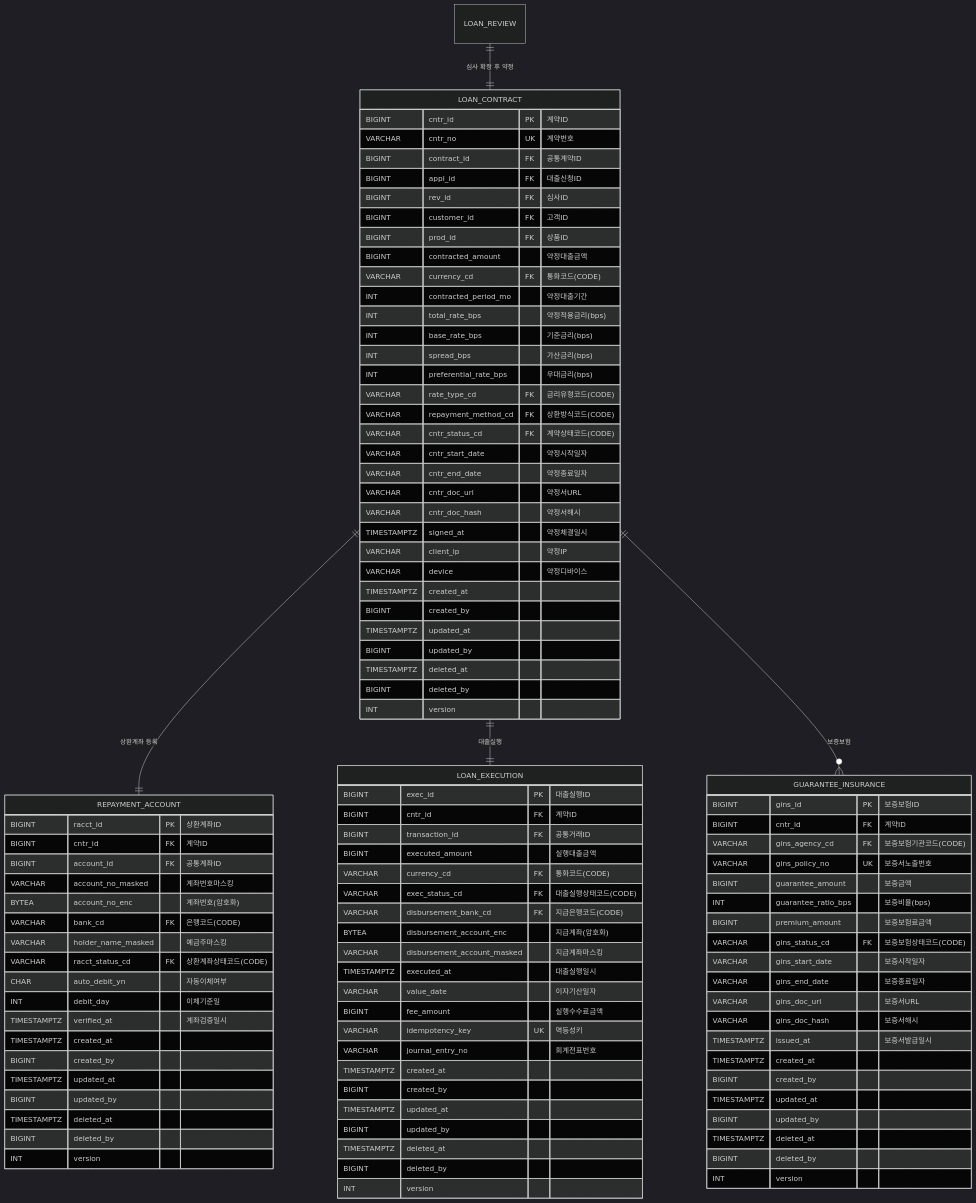
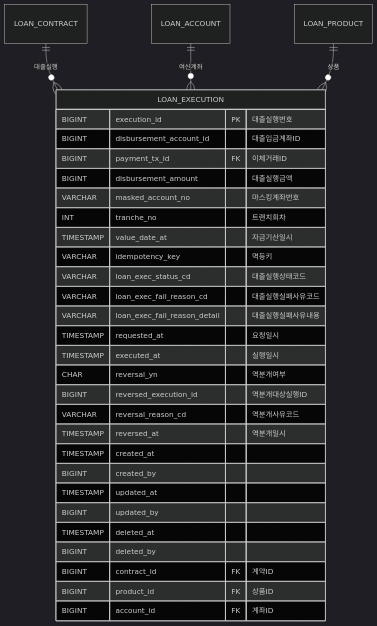
One commit to asitwas729/internet_banking changed the fifth of 8 diagrams in docs/loan_erd.md. Above: the diagram before and after it, drawn with Mermaid (dark theme). The commit also changed other lines of this file and 106 other files, not shown here.

````diff
--- a/docs/loan_erd.md
+++ b/docs/loan_erd.md
@@ -534,109 +214,35 @@
 ```mermaid
 erDiagram
-    LOAN_CONTRACT {
-        BIGINT cntr_id PK "계약ID"
-        VARCHAR cntr_no UK "계약번호"
-        BIGINT contract_id FK "공통계약ID"
-        BIGINT appl_id FK "대출신청ID"
-        BIGINT rev_id FK "심사ID"
-        BIGINT customer_id FK "고객ID"
-        BIGINT prod_id FK "상품ID"
-        BIGINT contracted_amount "약정대출금액"
-        VARCHAR currency_cd FK "통화코드(CODE)"
-        INT contracted_period_mo "약정대출기간"
-        INT total_rate_bps "약정적용금리(bps)"
-        INT base_rate_bps "기준금리(bps)"
-        INT spread_bps "가산금리(bps)"
-        INT preferential_rate_bps "우대금리(bps)"
-        VARCHAR rate_type_cd FK "금리유형코드(CODE)"
-        VARCHAR repayment_method_cd FK "상환방식코드(CODE)"
-        VARCHAR cntr_status_cd FK "계약상태코드(CODE)"
-        VARCHAR cntr_start_date "약정시작일자"
-        VARCHAR cntr_end_date "약정종료일자"
-        VARCHAR cntr_doc_url "약정서URL"
-        VARCHAR cntr_doc_hash "약정서해시"
-        TIMESTAMPTZ signed_at "약정체결일시"
-        VARCHAR client_ip "약정IP"
-        VARCHAR device "약정디바이스"
-        TIMESTAMPTZ created_at
+    LOAN_EXECUTION {
+        BIGINT execution_id PK "대출실행번호"
+        BIGINT disbursement_account_id "대출입금계좌ID"
+        BIGINT payment_tx_id FK "이체거래ID"
+        BIGINT disbursement_amount "대출실행금액"
+        VARCHAR masked_account_no "마스킹계좌번호"
+        INT tranche_no "트랜치회차"
+        TIMESTAMP value_date_at "자금기산일시"
+        VARCHAR idempotency_key "멱등키"
+        VARCHAR loan_exec_status_cd "대출실행상태코드"
+        VARCHAR loan_exec_fail_reason_cd "대출실행실패사유코드"
+        VARCHAR loan_exec_fail_reason_detail "대출실행실패사유내용"
+        TIMESTAMP requested_at "요청일시"
+        TIMESTAMP executed_at "실행일시"
+        CHAR reversal_yn "역분개여부"
+        BIGINT reversed_execution_id "역분개대상실행ID"
+        VARCHAR reversal_reason_cd "역분개사유코드"
+        TIMESTAMP reversed_at "역분개일시"
+        TIMESTAMP created_at
         BIGINT created_by
-        TIMESTAMPTZ updated_at
+        TIMESTAMP updated_at
         BIGINT updated_by
-        TIMESTAMPTZ deleted_at
+        TIMESTAMP deleted_at
         BIGINT deleted_by
-        INT version
+        BIGINT contract_id FK "계약ID"
+        BIGINT product_id FK "상품ID"
+        BIGINT account_id FK "계좌ID"
     }
 
-    REPAYMENT_ACCOUNT {
-        BIGINT racct_id PK "상환계좌ID"
-        BIGINT cntr_id FK "계약ID"
-        BIGINT account_id FK "공통계좌ID"
-        VARCHAR account_no_masked "계좌번호마스킹"
-        BYTEA account_no_enc "계좌번호(암호화)"
-        VARCHAR bank_cd FK "은행코드(CODE)"
-        VARCHAR holder_name_masked "예금주마스킹"
-        VARCHAR racct_status_cd FK "상환계좌상태코드(CODE)"
-        CHAR auto_debit_yn "자동이체여부"
-        INT debit_day "이체기준일"
-        TIMESTAMPTZ verified_at "계좌검증일시"
-        TIMESTAMPTZ created_at
-        BIGINT created_by
-        TIMESTAMPTZ updated_at
-        BIGINT updated_by
-        TIMESTAMPTZ deleted_at
-        BIGINT deleted_by
-        INT version
-    }
-
-    LOAN_EXECUTION {
-        BIGINT exec_id PK "대출실행ID"
-        BIGINT cntr_id FK "계약ID"
-        BIGINT transaction_id FK "공통거래ID"
-        BIGINT executed_amount "실행대출금액"
-        VARCHAR currency_cd FK "통화코드(CODE)"
-        VARCHAR exec_status_cd FK "대출실행상태코드(CODE)"
-        VARCHAR disbursement_bank_cd FK "지급은행코드(CODE)"
-        BYTEA disbursement_account_enc "지급계좌(암호화)"
-        VARCHAR disbursement_account_masked "지급계좌마스킹"
-        TIMESTAMPTZ executed_at "대출실행일시"
-        VARCHAR value_date "이자기산일자"
-        BIGINT fee_amount "실행수수료금액"
-        VARCHAR idempotency_key UK "멱등성키"
-        VARCHAR journal_entry_no "회계전표번호"
-        TIMESTAMPTZ created_at
-        BIGINT created_by
-        TIMESTAMPTZ updated_at
-        BIGINT updated_by
-        TIMESTAMPTZ deleted_at
-        BIGINT deleted_by
-        INT version
-    }
-
-    GUARANTEE_INSURANCE {
-        BIGINT gins_id PK "보증보험ID"
-        BIGINT cntr_id FK "계약ID"
-        VARCHAR gins_agency_cd FK "보증보험기관코드(CODE)"
-        VARCHAR gins_policy_no UK "보증서노출번호"
-        BIGINT guarantee_amount "보증금액"
-        INT guarantee_ratio_bps "보증비율(bps)"
-        BIGINT premium_amount "보증보험료금액"
-        VARCHAR gins_status_cd FK "보증보험상태코드(CODE)"
-        VARCHAR gins_start_date "보증시작일자"
-        VARCHAR gins_end_date "보증종료일자"
-        VARCHAR gins_doc_url "보증서URL"
-        VARCHAR gins_doc_hash "보증서해시"
-        TIMESTAMPTZ issued_at "보증서발급일시"
-        TIMESTAMPTZ created_at
-        BIGINT created_by
-        TIMESTAMPTZ updated_at
-        BIGINT updated_by
-        TIMESTAMPTZ deleted_at
-        BIGINT deleted_by
-        INT version
-    }
-
-    LOAN_REVIEW ||--|| LOAN_CONTRACT : "심사 확정 후 약정"
-    LOAN_CONTRACT ||--|| REPAYMENT_ACCOUNT : "상환계좌 등록"
-    LOAN_CONTRACT ||--|| LOAN_EXECUTION : "대출실행"
-    LOAN_CONTRACT ||--o{ GUARANTEE_INSURANCE : "보증보험"
+    LOAN_CONTRACT ||--o{ LOAN_EXECUTION : "대출실행"
+    LOAN_ACCOUNT ||--o{ LOAN_EXECUTION : "여신계좌"
+    LOAN_PRODUCT ||--o{ LOAN_EXECUTION : "상품"
 ```
````
